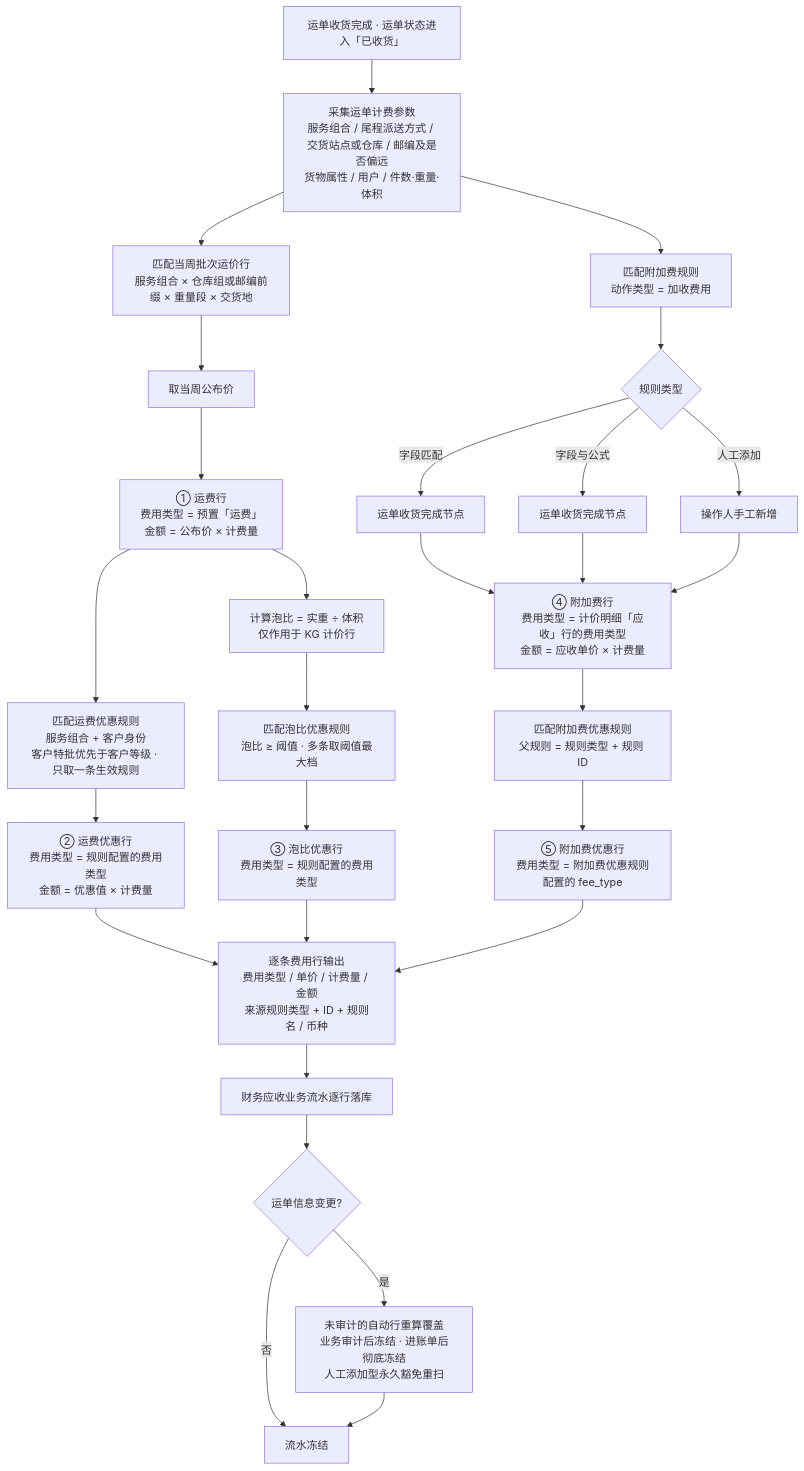
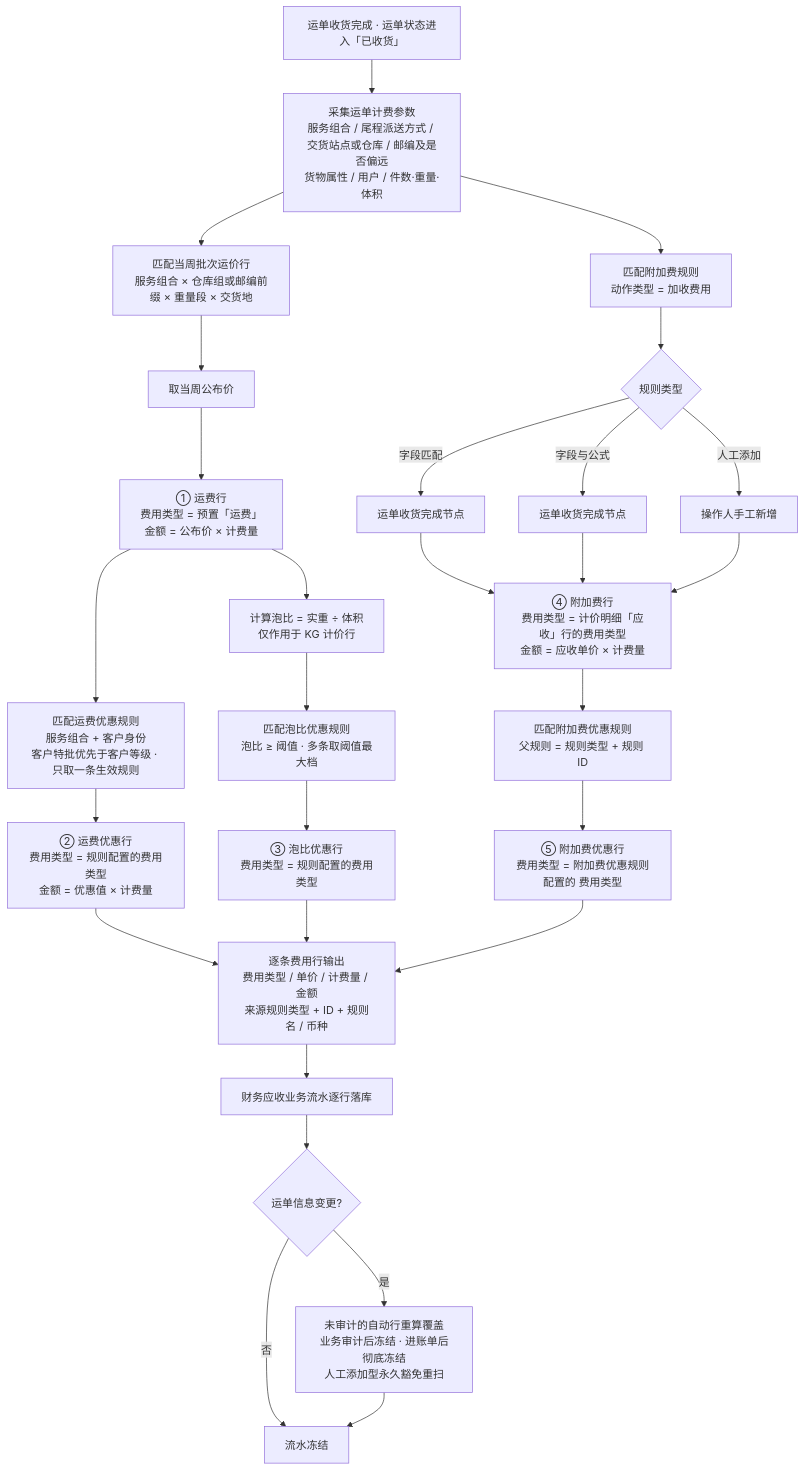
The third of 9 diagrams in 0-产品经理使用IDE/drafts/财务/2026-09-27-产品文档.md (zhangwen960722/luna-daily), drawn with Mermaid before and after one commit. The commit also changed other lines of this file and 5 other files, not shown here.

````diff
--- a/0-产品经理使用IDE/drafts/财务/2026-09-27-产品文档.md
+++ b/0-产品经理使用IDE/drafts/财务/2026-09-27-产品文档.md
@@ -228,30 +228,30 @@
 ```mermaid
 flowchart TD
     A[运单收货完成 · 运单状态进入「已收货」] --> B[采集运单计费参数<br>服务组合 / 尾程派送方式 / 交货站点或仓库 / 邮编及是否偏远<br>货物属性 / 用户 / 件数·重量·体积]
     B --> C[匹配当周批次运价行<br>服务组合 × 仓库组或邮编前缀 × 重量段 × 交货地]
     C --> D[取当周公布价]
     D --> E[① 运费行<br>费用类型 = 预置「运费」<br>金额 = 公布价 × 计费量]
     E --> F[匹配运费优惠规则<br>服务组合 + 客户身份<br>客户特批优先于客户等级 · 只取一条生效规则]
     F --> G[② 运费优惠行<br>费用类型 = 规则配置的费用类型<br>金额 = 优惠值 × 计费量]
     E --> H[计算泡比 = 实重 ÷ 体积<br>仅作用于 KG 计价行]
     H --> I[匹配泡比优惠规则<br>泡比 ≥ 阈值 · 多条取阈值最大档]
     I --> J[③ 泡比优惠行<br>费用类型 = 规则配置的费用类型]
     B --> K[匹配附加费规则<br>动作类型 = 加收费用]
     K --> K2{规则类型}
     K2 -->|字段匹配| L1[运单收货完成节点]
     K2 -->|字段与公式| L2[运单收货完成节点]
     K2 -->|人工添加| L3[操作人手工新增]
     L1 --> L[④ 附加费行<br>费用类型 = 计价明细「应收」行的费用类型<br>金额 = 应收单价 × 计费量]
     L2 --> L
     L3 --> L
     L --> M[匹配附加费优惠规则<br>父规则 = 规则类型 + 规则 ID]
-    M --> N[⑤ 附加费优惠行<br>费用类型 = 附加费优惠规则配置的 fee_type]
+    M --> N[⑤ 附加费优惠行<br>费用类型 = 附加费优惠规则配置的 费用类型]
     G --> O[逐条费用行输出<br>费用类型 / 单价 / 计费量 / 金额<br>来源规则类型 + ID + 规则名 / 币种]
     J --> O
     N --> O
     O --> P[财务应收业务流水逐行落库]
     P --> Q{运单信息变更?}
     Q -->|是| R[未审计的自动行重算覆盖<br>业务审计后冻结 · 进账单后彻底冻结<br>人工添加型永久豁免重扫]
     Q -->|否| S[流水冻结]
     R --> S
 ```
````
